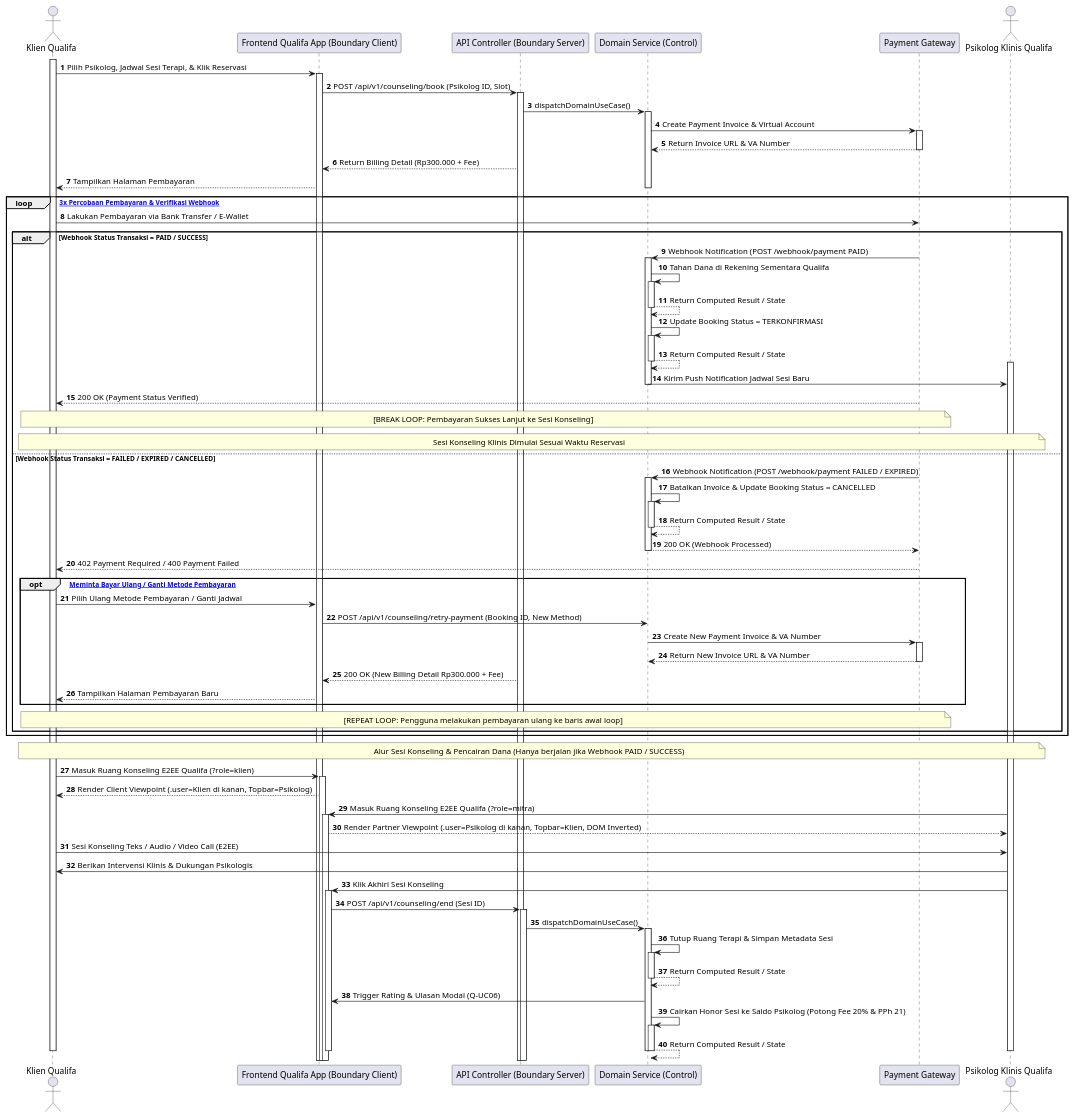
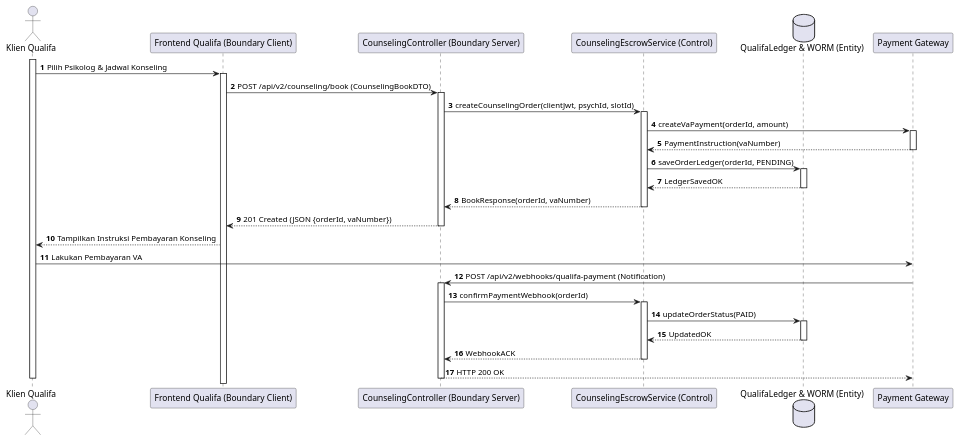
Diagram 19 of 28 in MarkDown/plantuml_sequence_diagrams.md (tupperwureism/SuperApp-Gagal), drawn with PlantUML before and after one commit. The commit also changed other lines of this file and 1 other file, not shown here.

Commit message:
fix(sequence-diagrams): regenerate all 28 Sequence Diagrams with deterministic hand-crafted 5-Lifeline BCE flows

````diff
--- a/MarkDown/plantuml_sequence_diagrams.md
+++ b/MarkDown/plantuml_sequence_diagrams.md
@@ -1263,78 +777,32 @@
 ```plantuml
 @startuml
 autonumber
-actor "Klien Qualifa" as Klien
-participant "Frontend Qualifa App (Boundary Client)" as B_FE
-participant "API Controller (Boundary Server)" as B_BE
-participant "Domain Service (Control)" as C_Svc
-participant "Backend Independen Qualifa" as C_Svc
-participant "Payment Gateway" as PG
-actor "Psikolog Klinis Qualifa" as Mitra
+actor "Klien Qualifa" as User
+participant "Frontend Qualifa (Boundary Client)" as B_FE
+participant "CounselingController (Boundary Server)" as B_BE
+participant "CounselingEscrowService (Control)" as C_Svc
+database "QualifaLedger & WORM (Entity)" as E_DB
+participant "Payment Gateway" as Pay
 
-activate Klien
-Klien -> B_FE ++ : Pilih Psikolog, Jadwal Sesi Terapi, & Klik Reservasi
-B_FE -> B_BE ++ : POST /api/v1/counseling/book (Psikolog ID, Slot)
-    B_BE -> C_Svc ++ : dispatchDomainUseCase()
-C_Svc -> PG ++ : Create Payment Invoice & Virtual Account
-PG --> C_Svc -- : Return Invoice URL & VA Number
-B_BE --> B_FE : Return Billing Detail (Rp300.000 + Fee)
-B_FE --> Klien : Tampilkan Halaman Pembayaran
-deactivate C_Svc
+activate User
+User -> B_FE ++ : Pilih Psikolog & Jadwal Konseling
+B_FE -> B_BE ++ : POST /api/v2/counseling/book (CounselingBookDTO)
+B_BE -> C_Svc ++ : createCounselingOrder(clientJwt, psychId, slotId)
+C_Svc -> Pay ++ : createVaPayment(orderId, amount)
+Pay --> C_Svc -- : PaymentInstruction(vaNumber)
+C_Svc -> E_DB ++ : saveOrderLedger(orderId, PENDING)
+E_DB --> C_Svc -- : LedgerSavedOK
+C_Svc --> B_BE -- : BookResponse(orderId, vaNumber)
+B_BE --> B_FE -- : 201 Created (JSON {orderId, vaNumber})
+B_FE --> User : Tampilkan Instruksi Pembayaran Konseling
 
-loop [Maksimal 3x Percobaan Pembayaran & Verifikasi Webhook]
-    Klien -> PG : Lakukan Pembayaran via Bank Transfer / E-Wallet
-
-    alt Webhook Status Transaksi = PAID / SUCCESS
-        PG -> C_Svc ++ : Webhook Notification (POST /webhook/payment PAID)
-        C_Svc -> C_Svc ++ : Tahan Dana di Rekening Sementara Qualifa
-        C_Svc --> C_Svc -- : Return Computed Result / State
-        C_Svc -> C_Svc ++ : Update Booking Status = TERKONFIRMASI
-        C_Svc --> C_Svc -- : Return Computed Result / State
-        activate Mitra
-        C_Svc -> Mitra : Kirim Push Notification Jadwal Sesi Baru
-        deactivate C_Svc
-        PG --> Klien : 200 OK (Payment Status Verified)
-        note over Klien, PG : [BREAK LOOP: Pembayaran Sukses Lanjut ke Sesi Konseling]
-        
-        note over Klien, Mitra : Sesi Konseling Klinis Dimulai Sesuai Waktu Reservasi
-    else Webhook Status Transaksi = FAILED / EXPIRED / CANCELLED
-        PG -> C_Svc ++ : Webhook Notification (POST /webhook/payment FAILED / EXPIRED)
-        C_Svc -> C_Svc ++ : Batalkan Invoice & Update Booking Status = CANCELLED
-        C_Svc --> C_Svc -- : Return Computed Result / State
-        C_Svc --> PG -- : 200 OK (Webhook Processed)
-        PG --> Klien : 402 Payment Required / 400 Payment Failed
-        
-        opt [Pengguna Meminta Bayar Ulang / Ganti Metode Pembayaran]
-            Klien -> B_FE : Pilih Ulang Metode Pembayaran / Ganti Jadwal
-            B_FE -> C_Svc : POST /api/v1/counseling/retry-payment (Booking ID, New Method)
-            C_Svc -> PG ++ : Create New Payment Invoice & VA Number
-            PG --> C_Svc -- : Return New Invoice URL & VA Number
-            B_BE --> B_FE : 200 OK (New Billing Detail Rp300.000 + Fee)
-            B_FE --> Klien : Tampilkan Halaman Pembayaran Baru
-        end
-        note over Klien, PG : [REPEAT LOOP: Pengguna melakukan pembayaran ulang ke baris awal loop]
-    end
-end
-
-note over Klien, Mitra : Alur Sesi Konseling & Pencairan Dana (Hanya berjalan jika Webhook PAID / SUCCESS)
-Klien -> B_FE ++ : Masuk Ruang Konseling E2EE Qualifa (?role=klien)
-B_FE --> Klien : Render Client Viewpoint (.user=Klien di kanan, Topbar=Psikolog)
-Mitra -> B_FE ++ : Masuk Ruang Konseling E2EE Qualifa (?role=mitra)
-B_FE --> Mitra : Render Partner Viewpoint (.user=Psikolog di kanan, Topbar=Klien, DOM Inverted)
-Klien -> Mitra : Sesi Konseling Teks / Audio / Video Call (E2EE)
-Mitra -> Klien : Berikan Intervensi Klinis & Dukungan Psikologis
-
-Mitra -> B_FE ++ : Klik Akhiri Sesi Konseling
-B_FE -> B_BE ++ : POST /api/v1/counseling/end (Sesi ID)
-    B_BE -> C_Svc ++ : dispatchDomainUseCase()
-C_Svc -> C_Svc ++ : Tutup Ruang Terapi & Simpan Metadata Sesi
-C_Svc --> C_Svc -- : Return Computed Result / State
-C_Svc -> B_FE : Trigger Rating & Ulasan Modal (Q-UC06)
-C_Svc -> C_Svc ++ : Cairkan Honor Sesi ke Saldo Psikolog (Potong Fee 20% & PPh 21)
-C_Svc --> C_Svc -- : Return Computed Result / State
-deactivate C_Svc
-deactivate B_FE
-deactivate Klien
-deactivate Mitra
+User -> Pay : Lakukan Pembayaran VA
+Pay -> B_BE ++ : POST /api/v2/webhooks/qualifa-payment (Notification)
+B_BE -> C_Svc ++ : confirmPaymentWebhook(orderId)
+C_Svc -> E_DB ++ : updateOrderStatus(PAID)
+E_DB --> C_Svc -- : UpdatedOK
+C_Svc --> B_BE -- : WebhookACK
+B_BE --> Pay -- : HTTP 200 OK
+deactivate User
 @enduml
 ```
````
